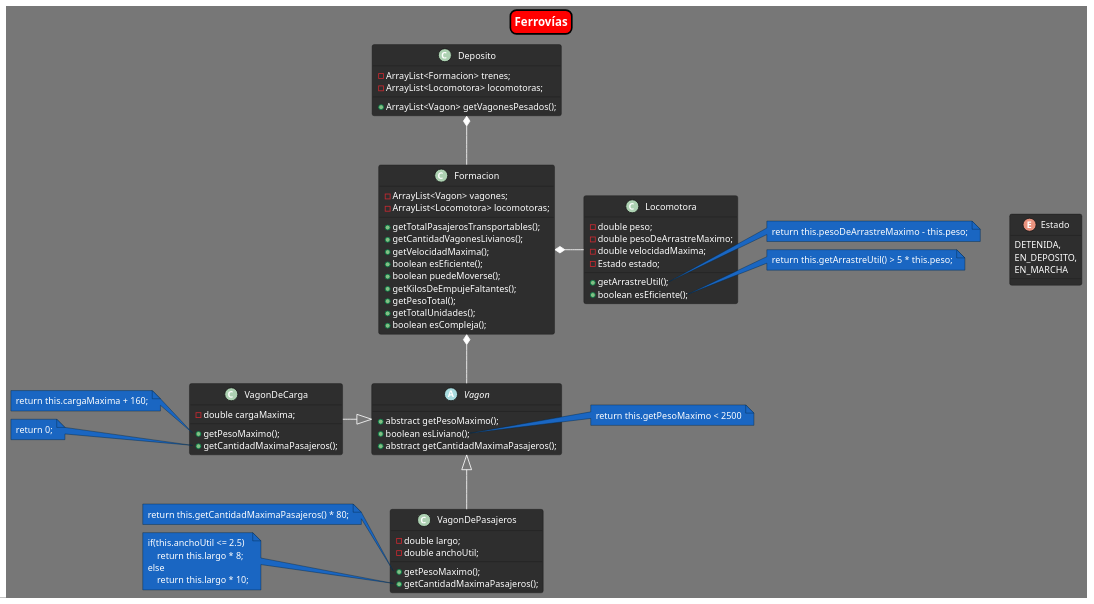
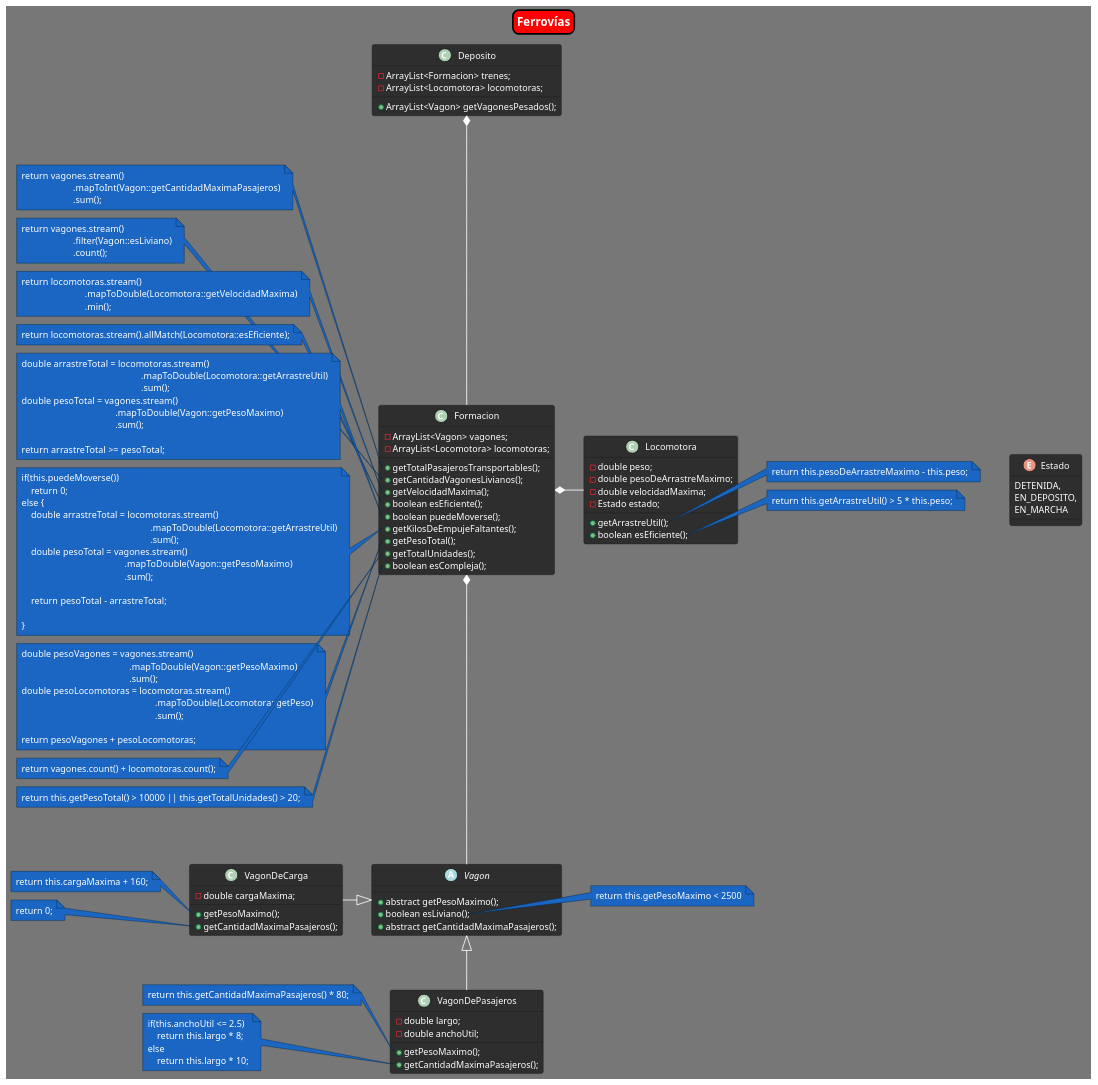
Before and after one commit to m-doce/ejercicios_utn: the diagram in EjercicioTrenesYDepositos/src/diagrama.puml, drawn with PlantUML.

Commit message:
Se agregan notas con las funcionalidades de la clase Formacion

```diff
--- a/EjercicioTrenesYDepositos/src/diagrama.puml
+++ b/EjercicioTrenesYDepositos/src/diagrama.puml
@@ -1,123 +1,192 @@
 @startuml
 title "Ferrovías"
 !theme reddress-darkblue
 scale 1.3
 'skinparam Linetype ortho
 skinparam titleBorderRoundCorner 15
 skinparam titleBorderThickness 2
 skinparam titleBorderColor #000000
 skinparam titleBackgroundColor #FF0000
 skinparam defaultFontColor #FFFFFF
 skinparam titleFontColor #FFFFFF
 
 
 class Formacion {
     -ArrayList<Vagon> vagones;
     -ArrayList<Locomotora> locomotoras;
 
     +getTotalPasajerosTransportables();
     +getCantidadVagonesLivianos();
     +getVelocidadMaxima();
     +boolean esEficiente();
     +boolean puedeMoverse();
     +getKilosDeEmpujeFaltantes();
     +getPesoTotal();
     +getTotalUnidades();
     +boolean esCompleja();
 }
 
 class Locomotora {
     -double peso;
     -double pesoDeArrastreMaximo;
     -double velocidadMaxima;
     -Estado estado;
 
     +getArrastreUtil();
     +boolean esEficiente();
 }
 
 enum Estado {
     DETENIDA,
     EN_DEPOSITO,
     EN_MARCHA
 }
 
 abstract class Vagon {
     +abstract getPesoMaximo();
     +boolean esLiviano();
     +abstract getCantidadMaximaPasajeros();
 }
 
 class VagonDeCarga {
     -double cargaMaxima;
 
     +getPesoMaximo();
     +getCantidadMaximaPasajeros();
 }
 
 class VagonDePasajeros {
     -double largo;
     -double anchoUtil;
 
     +getPesoMaximo();
     +getCantidadMaximaPasajeros();
 }
 
 class Deposito {
     -ArrayList<Formacion> trenes;
     -ArrayList<Locomotora> locomotoras;
 
     +ArrayList<Vagon> getVagonesPesados();
 }
 
 
 
 '<<<<<<<<<<<<<< Relaciones <<<<<<<<<<<<<<
 Deposito *-- Formacion
 
 Formacion *-- Vagon
 Formacion *-r- Locomotora
 
 Vagon <|-l- VagonDeCarga
 Vagon <|-- VagonDePasajeros
 
 Locomotora -[hidden]r- Estado
 
 
 
 '<<<<<<<<<<<<<< Notas <<<<<<<<<<<<<<
 
 '<<<<<<<<<<<<<< Vagones <<<<<<<<<<<<<<
 note right of Vagon::esLiviano
 return this.getPesoMaximo < 2500
 endnote
 
 note left of VagonDePasajeros::getPesoMaximo
 return this.getCantidadMaximaPasajeros() * 80;
 endnote
 
 note left of VagonDePasajeros::getCantidadMaximaPasajeros
 if(this.anchoUtil <= 2.5)
     return this.largo * 8;
 else
     return this.largo * 10;
 endnote
 
 note left of VagonDeCarga::getPesoMaximo
 return this.cargaMaxima + 160;
 endnote
 
 note left of VagonDeCarga::getCantidadMaximaPasajeros
 return 0;
 endnote
 
 '<<<<<<<<<<<<<< Locomotora <<<<<<<<<<<<<<
 note right of Locomotora::getArrastreUtil
 return this.pesoDeArrastreMaximo - this.peso;
 endnote
 
 note right of Locomotora::esEficiente
 return this.getArrastreUtil() > 5 * this.peso;
 endnote
 
+'<<<<<<<<<<<<<< Formacion <<<<<<<<<<<<<<
+note left of Formacion::getTotalPasajerosTransportables
+return vagones.stream()
+                      .mapToInt(Vagon::getCantidadMaximaPasajeros)
+                      .sum();
+endnote
+
+note left of Formacion::getCantidadVagonesLivianos
+return vagones.stream()
+                      .filter(Vagon::esLiviano)
+                      .count();
+endnote
+
+note left of Formacion::getVelocidadMaxima
+return locomotoras.stream()
+                           .mapToDouble(Locomotora::getVelocidadMaxima)
+                           .min();
+endnote
+
+note left of Formacion::esEficiente
+return locomotoras.stream().allMatch(Locomotora::esEficiente);
+endnote
+
+note left of Formacion::puedeMoverse
+double arrastreTotal = locomotoras.stream()
+                                                   .mapToDouble(Locomotora::getArrastreUtil)
+                                                   .sum();
+double pesoTotal = vagones.stream()
+                                        .mapToDouble(Vagon::getPesoMaximo)
+                                        .sum();
+
+return arrastreTotal >= pesoTotal;
+endnote
+
+note left of Formacion::getKilosDeEmpujeFaltantes
+if(this.puedeMoverse())
+    return 0;
+else {
+    double arrastreTotal = locomotoras.stream()
+                                                       .mapToDouble(Locomotora::getArrastreUtil)
+                                                       .sum();
+    double pesoTotal = vagones.stream()
+                                            .mapToDouble(Vagon::getPesoMaximo)
+                                            .sum();
+
+    return pesoTotal - arrastreTotal;
+
+}
+endnote
+
+note left of Formacion::getPesoTotal
+double pesoVagones = vagones.stream()
+                                              .mapToDouble(Vagon::getPesoMaximo)
+                                              .sum();
+double pesoLocomotoras = locomotoras.stream()
+                                                         .mapToDouble(Locomotora::getPeso)
+                                                         .sum();
+
+return pesoVagones + pesoLocomotoras;
+endnote
+
+note left of Formacion::getTotalUnidades
+return vagones.count() + locomotoras.count();
+endnote
+
+note left of Formacion::esCompleja
+return this.getPesoTotal() > 10000 || this.getTotalUnidades() > 20;
+endnote
+
 @enduml
```
